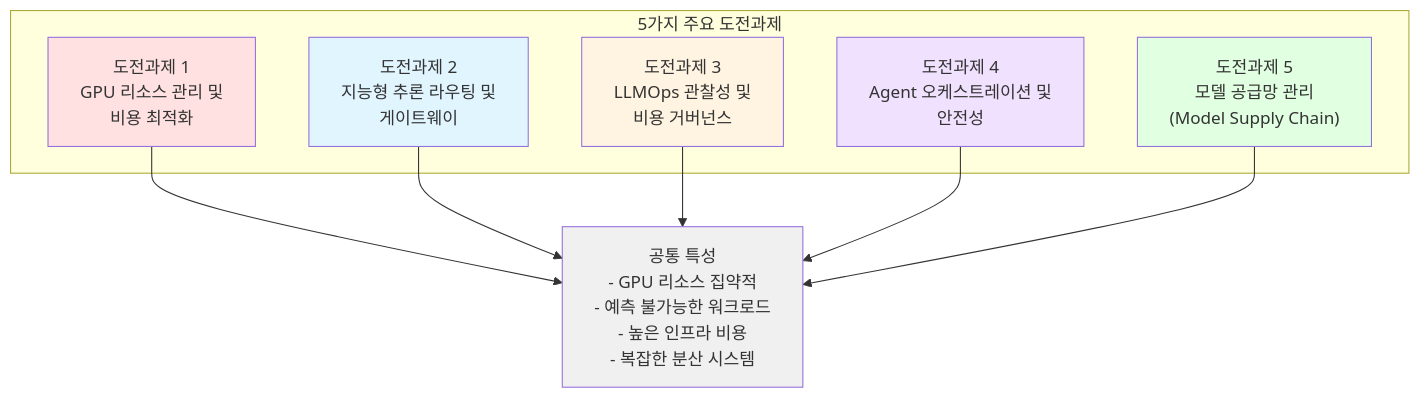
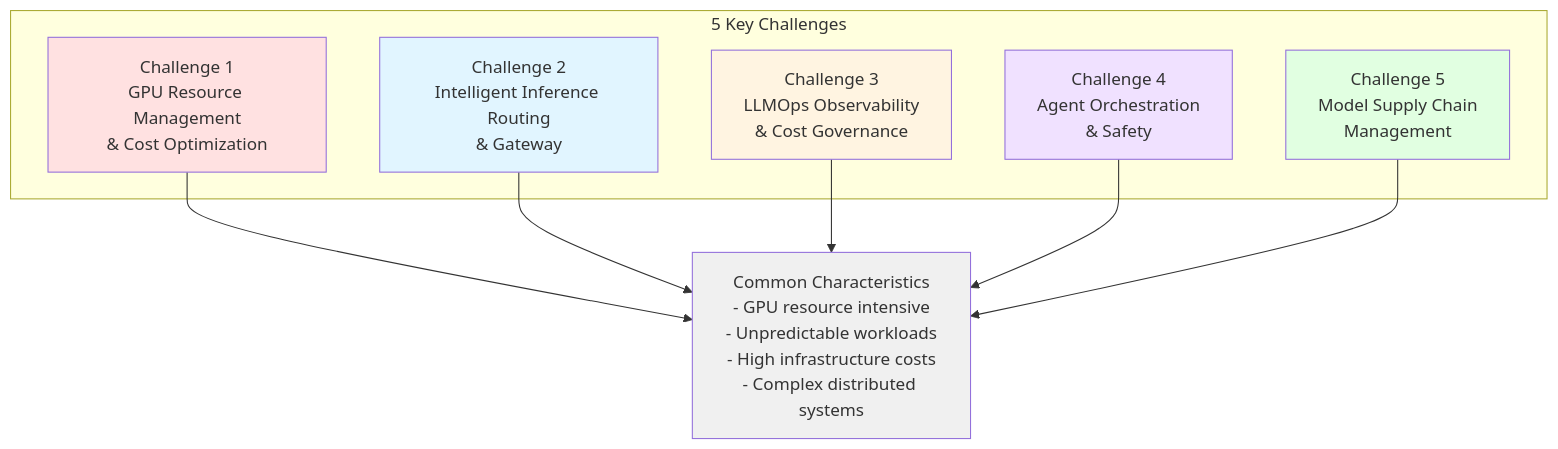
One commit to devfloor9/engineering-playbook changed the first of 4 diagrams in docs/agentic-ai-platform/design-architecture/foundations/agentic-ai-challenges.md. Above: the diagram before and after it, drawn with Mermaid. The commit also changed other lines of this file and 954 other files, not shown here.

````diff
--- a/docs/agentic-ai-platform/design-architecture/foundations/agentic-ai-challenges.md
+++ b/docs/agentic-ai-platform/design-architecture/foundations/agentic-ai-challenges.md
@@ -91,25 +91,25 @@
 ```mermaid
 flowchart TD
-    subgraph Challenges["5가지 주요 도전과제"]
-        C1["도전과제 1<br/>GPU 리소스 관리 및<br/>비용 최적화"]
-        C2["도전과제 2<br/>지능형 추론 라우팅 및<br/>게이트웨이"]
-        C3["도전과제 3<br/>LLMOps 관찰성 및<br/>비용 거버넌스"]
-        C4["도전과제 4<br/>Agent 오케스트레이션 및<br/>안전성"]
-        C5["도전과제 5<br/>모델 공급망 관리<br/>(Model Supply Chain)"]
+    subgraph Challenges["5 Key Challenges"]
+        C1["Challenge 1<br/>GPU Resource Management<br/>& Cost Optimization"]
+        C2["Challenge 2<br/>Intelligent Inference Routing<br/>& Gateway"]
+        C3["Challenge 3<br/>LLMOps Observability<br/>& Cost Governance"]
+        C4["Challenge 4<br/>Agent Orchestration<br/>& Safety"]
+        C5["Challenge 5<br/>Model Supply Chain<br/>Management"]
     end
 
-    COMMON["공통 특성<br/>- GPU 리소스 집약적<br/>- 예측 불가능한 워크로드<br/>- 높은 인프라 비용<br/>- 복잡한 분산 시스템"]
+    COMMON["Common Characteristics<br/>- GPU resource intensive<br/>- Unpredictable workloads<br/>- High infrastructure costs<br/>- Complex distributed systems"]
 
     C1 --> COMMON
     C2 --> COMMON
     C3 --> COMMON
     C4 --> COMMON
     C5 --> COMMON
 
     style C1 fill:#ffe1e1
     style C2 fill:#e1f5ff
     style C3 fill:#fff4e1
     style C4 fill:#f0e1ff
     style C5 fill:#e1ffe1
     style COMMON fill:#f0f0f0
 ```
````
